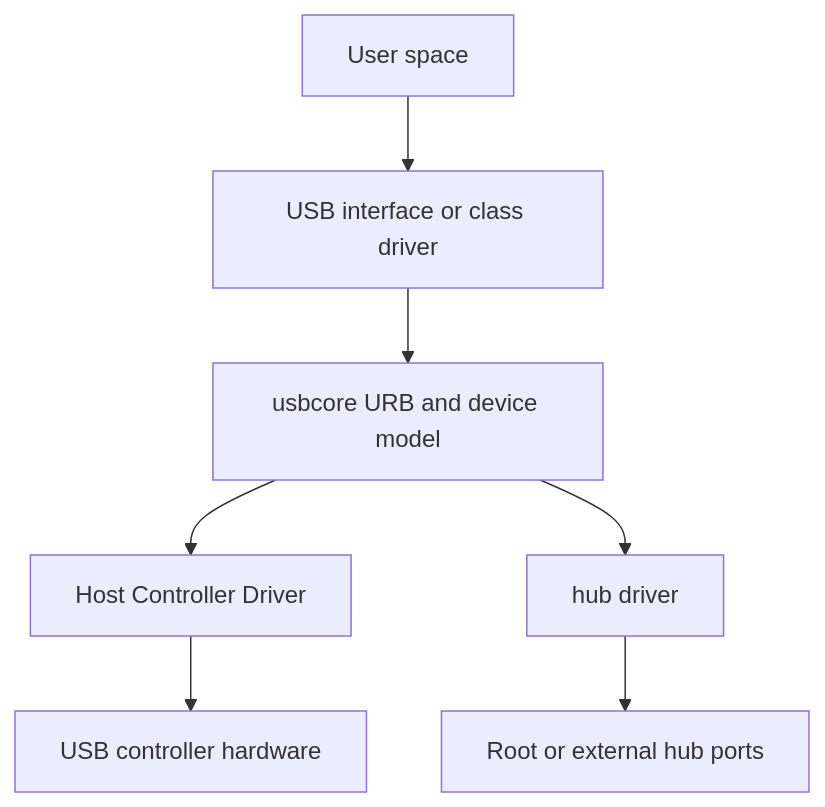
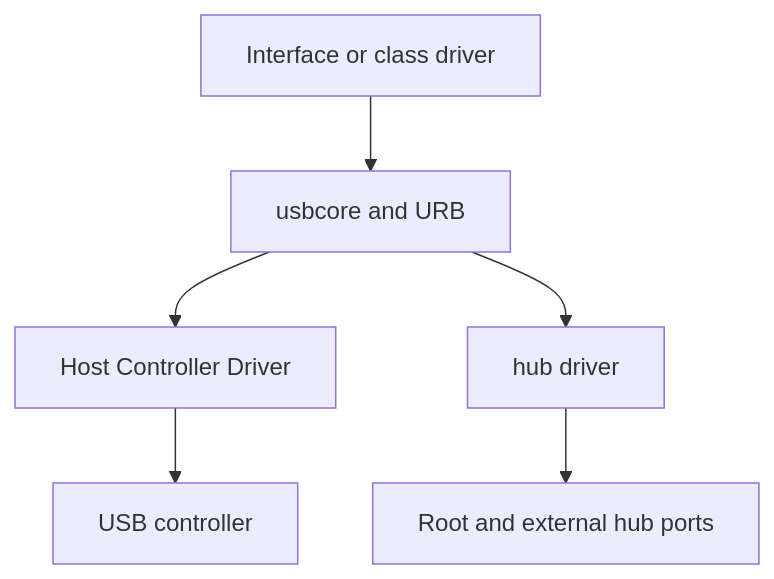
One commit to cdragon-ljl/EEandEdgeAI changed the first of 2 diagrams in docs/articles/usb/usb-02-linux-usb-driver-framework.md. Above: the diagram before and after it, drawn with Mermaid. The commit also changed other lines of this file and 7 other files, not shown here.

````diff
--- a/docs/articles/usb/usb-02-linux-usb-driver-framework.md
+++ b/docs/articles/usb/usb-02-linux-usb-driver-framework.md
@@ -20,9 +235,8 @@
 ```mermaid
 flowchart TB
-    APP[User space] --> CLASS[USB interface or class driver]
-    CLASS --> CORE[usbcore URB and device model]
+    CLASS[Interface or class driver] --> CORE[usbcore and URB]
     CORE --> HCD[Host Controller Driver]
-    HCD --> HC[USB controller hardware]
+    HCD --> HW[USB controller]
     CORE --> HUB[hub driver]
-    HUB --> PORT[Root or external hub ports]
+    HUB --> PORT[Root and external hub ports]
 ```
````
